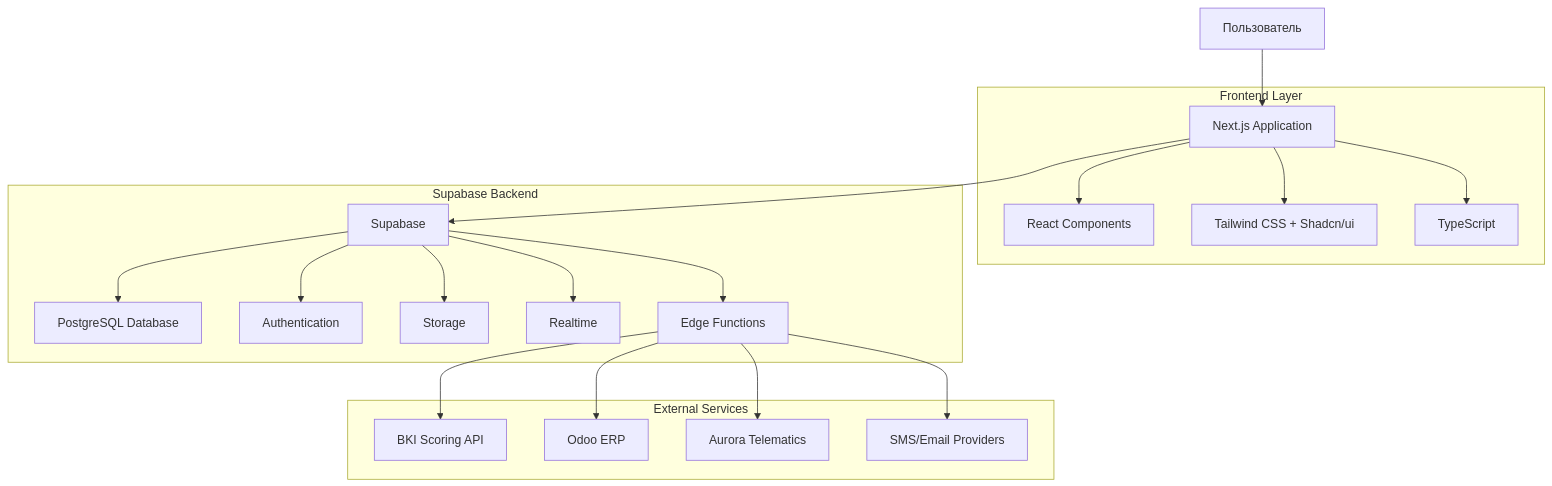
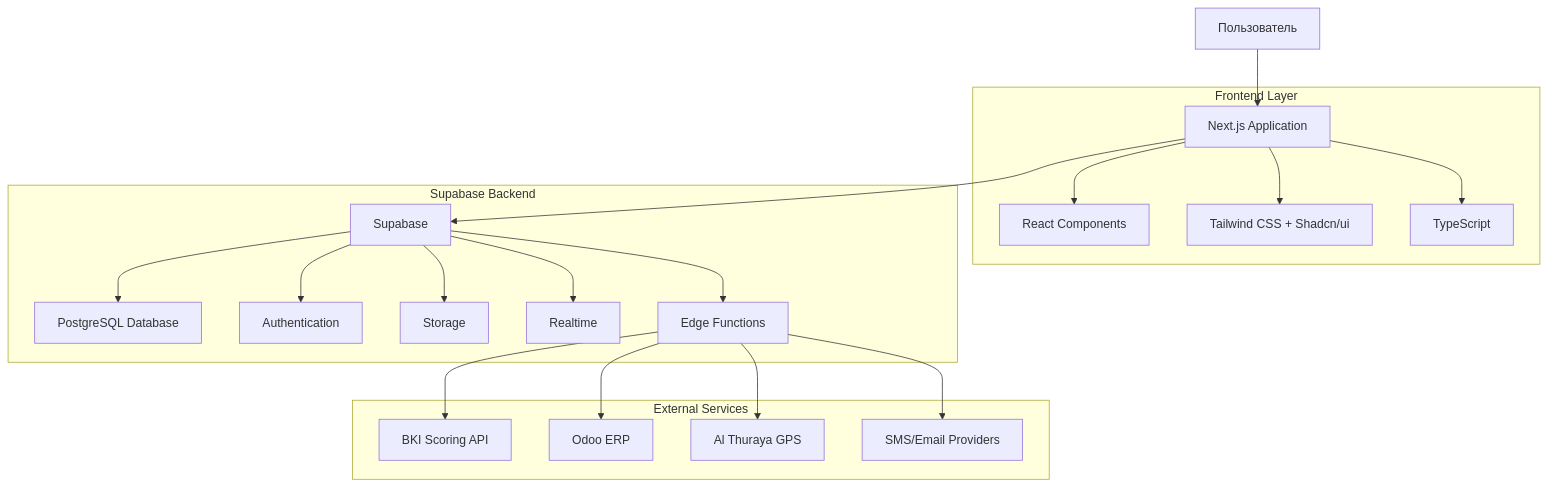
One commit to MagnumMax/fast-lease changed the first of 3 diagrams in .trae/documents/fast-lease-technical-architecture.md. Above: the diagram before and after it, drawn with Mermaid. The commit also changed 35 other files, not shown here.

First line of the commit message:
feat(auth): enhance security with getUser() and improve auth flow

````diff
--- a/.trae/documents/fast-lease-technical-architecture.md
+++ b/.trae/documents/fast-lease-technical-architecture.md
@@ -33,41 +33,41 @@
 ```mermaid
 graph TD
     A[Пользователь] --> B[Next.js Application]
     B --> C[Supabase]
     
     subgraph "Frontend Layer"
         B
         D[React Components]
         E[Tailwind CSS + Shadcn/ui]
         F[TypeScript]
     end
     
     subgraph "Supabase Backend"
         C
         G[PostgreSQL Database]
         H[Authentication]
         I[Storage]
         J[Realtime]
         K[Edge Functions]
     end
     
     subgraph "External Services"
         L[BKI Scoring API]
         M[Odoo ERP]
-        N[Aurora Telematics]
+        N[Al Thuraya GPS]
         O[SMS/Email Providers]
     end
     
     B --> D
     B --> E
     B --> F
     C --> G
     C --> H
     C --> I
     C --> J
     C --> K
     K --> L
     K --> M
     K --> N
     K --> O
 ```
````
